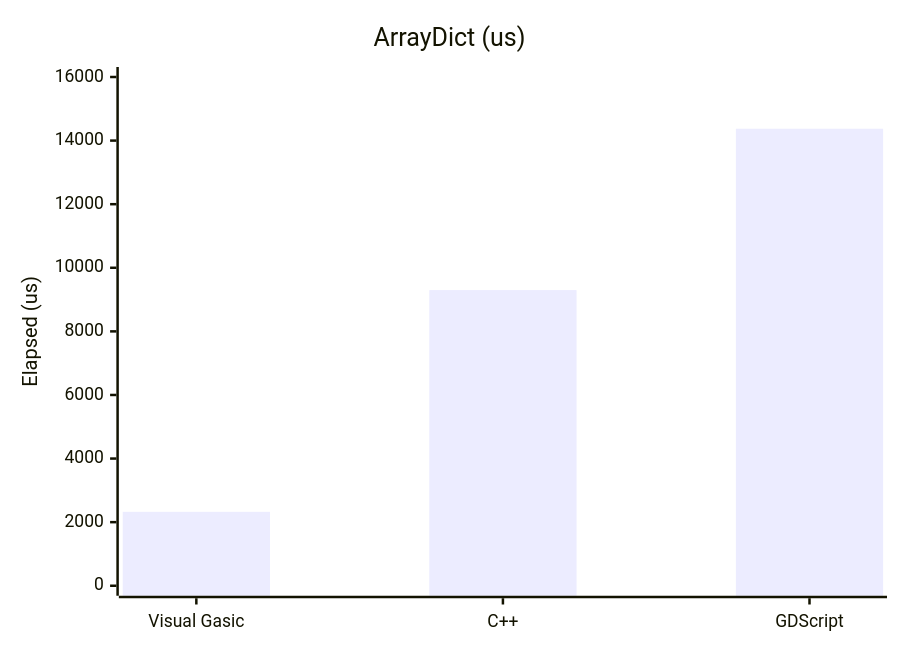
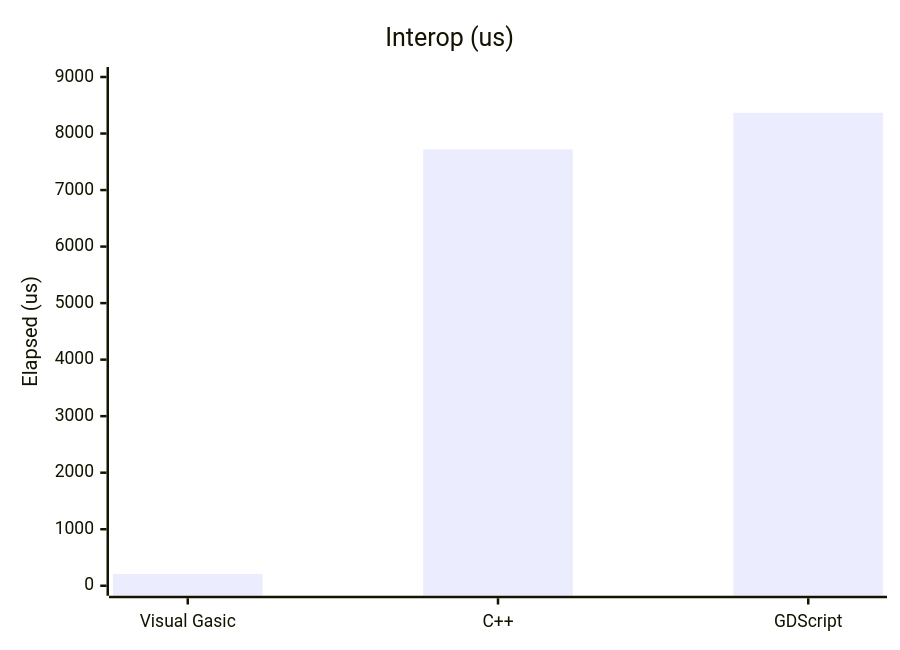
The second of 3 diagrams in docs/GODOT_PROGRAMMING_MANUAL.md (xgreenrx-star/VisualGasic), drawn with Mermaid before and after one commit. The commit also changed other lines of this file and 5 other files, not shown here.

````diff
--- a/docs/GODOT_PROGRAMMING_MANUAL.md
+++ b/docs/GODOT_PROGRAMMING_MANUAL.md
@@ -314,7 +314,7 @@
 ```mermaid
 xychart-beta
-    title "ArrayDict (us)"
+    title "Interop (us)"
     x-axis ["Visual Gasic","C++","GDScript"]
-    y-axis "Elapsed (us)" 0 --> 16000
-    bar [2325,9298,14373]
+    y-axis "Elapsed (us)" 0 --> 9000
+    bar [209,7720,8368]
 ```
````
